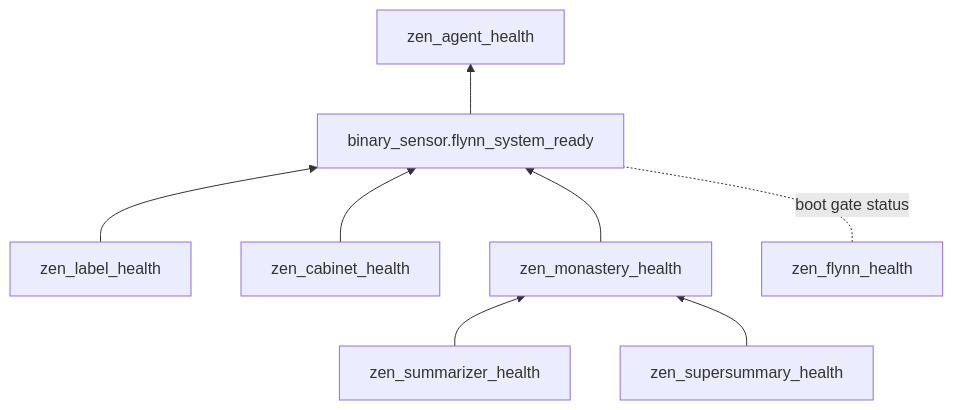
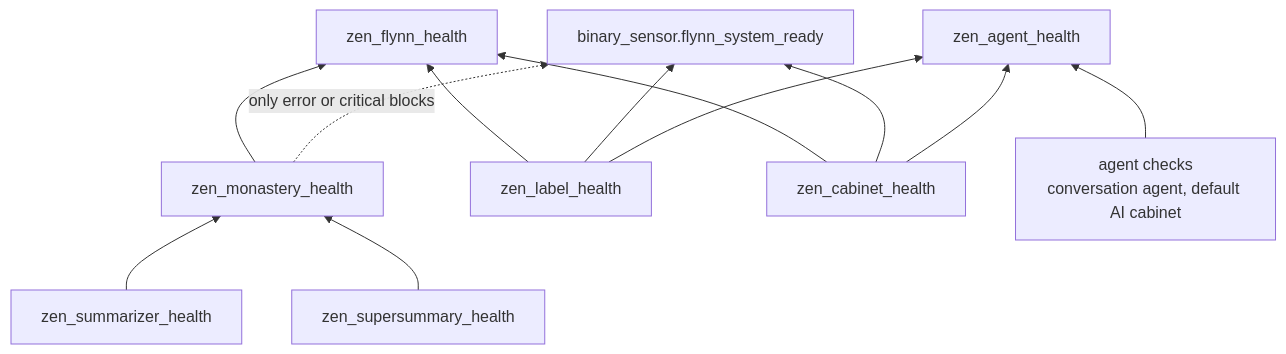
One commit to nathan-curtis/zenos-ai changed the diagram in zenos_ai/docs/architecture/23_resilience.md. Above: the diagram before and after it, drawn with Mermaid. The commit also changed other lines of this file and 2 other files, not shown here.

Commit message:
docs: agent health no longer tracks the summarizers
Install Step 7 and troubleshooting described zen_agent_health going to
warn when summarizers are disabled. It now rolls up labels, cabinets,
and agent bootability only; the Monastery shows in its own sensor and
in Flynn's rollup. Install explains each state and reason, and chapter
23's health diagram shows the three sensors as they are wired.

Claude-Session: https://claude.ai/code/session_01VGhNTE1wTd9SjRa19Nzxio

````diff
--- a/zenos_ai/docs/architecture/23_resilience.md
+++ b/zenos_ai/docs/architecture/23_resilience.md
@@ -52,10 +52,14 @@
 ```mermaid
 graph BT
   NS[zen_summarizer_health] --> M[zen_monastery_health]
   SS[zen_supersummary_health] --> M
-  L[zen_label_health] --> R[binary_sensor.flynn_system_ready]
-  C[zen_cabinet_health] --> R
-  M --> R
-  R --> A[zen_agent_health]
-  F[zen_flynn_health] -. boot gate status .- R
+  L[zen_label_health] --> F[zen_flynn_health]
+  C[zen_cabinet_health] --> F
+  M --> F
+  L --> R[binary_sensor.flynn_system_ready]
+  C --> R
+  M -. "only error or critical blocks" .-> R
+  L --> A[zen_agent_health]
+  C --> A
+  B["agent checks<br/>conversation agent, default AI cabinet"] --> A
 ```
````
